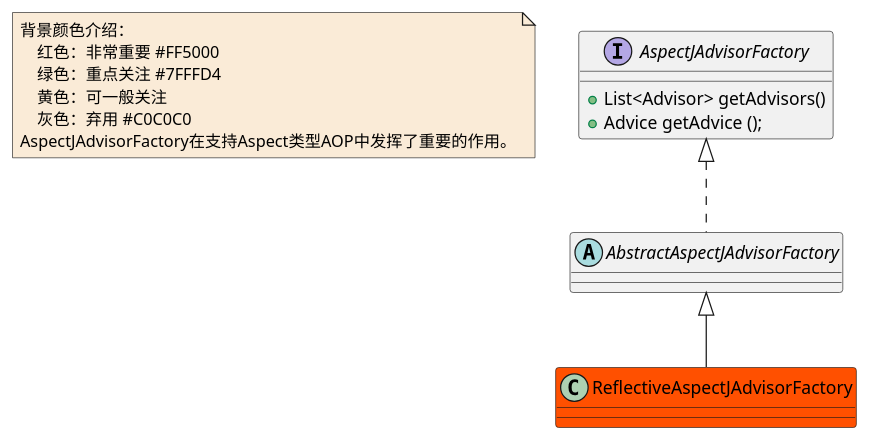
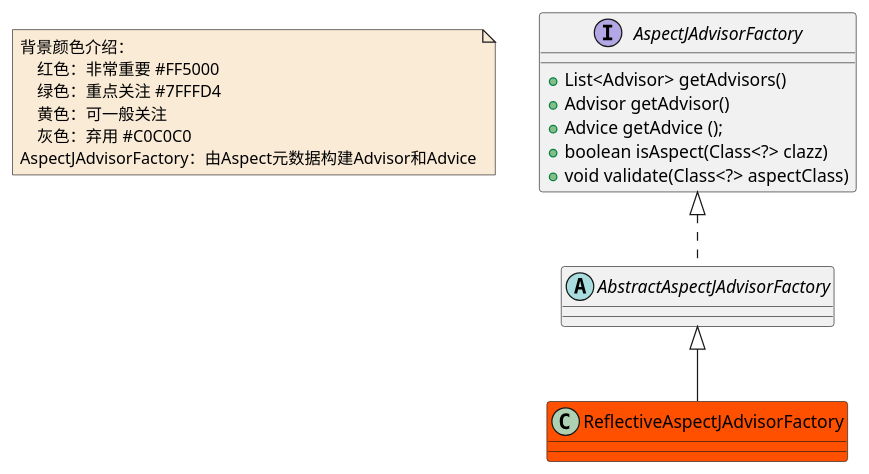
One commit to czwer/learn-spring-code changed the diagram in document/spring/base/class/AOP-AspectJ-AspectJAdvisorFactory-class.puml. Above: the diagram before and after it, drawn with PlantUML. The commit also changed 10 other files, not shown here.

```diff
--- a/document/spring/base/class/AOP-AspectJ-AspectJAdvisorFactory-class.puml
+++ b/document/spring/base/class/AOP-AspectJ-AspectJAdvisorFactory-class.puml
@@ -1,23 +1,26 @@
 @startuml
 
 note  as N1 #FAEBD7
     背景颜色介绍：
         红色：非常重要 #FF5000
         绿色：重点关注 #7FFFD4
         黄色：可一般关注
         灰色：弃用 #C0C0C0
-    AspectJAdvisorFactory在支持Aspect类型AOP中发挥了重要的作用。
+    AspectJAdvisorFactory：由Aspect元数据构建Advisor和Advice
 end note
 
 interface AspectJAdvisorFactory
 AspectJAdvisorFactory : +List<Advisor> getAdvisors()
+AspectJAdvisorFactory : +Advisor getAdvisor()
 AspectJAdvisorFactory : +Advice getAdvice ();
+AspectJAdvisorFactory : +boolean isAspect(Class<?> clazz)
+AspectJAdvisorFactory : +void validate(Class<?> aspectClass)
 abstract class AbstractAspectJAdvisorFactory
 class ReflectiveAspectJAdvisorFactory #FF5000
 
 
 AspectJAdvisorFactory <|.. AbstractAspectJAdvisorFactory
 
 AbstractAspectJAdvisorFactory <|-- ReflectiveAspectJAdvisorFactory
 
 @enduml
```
